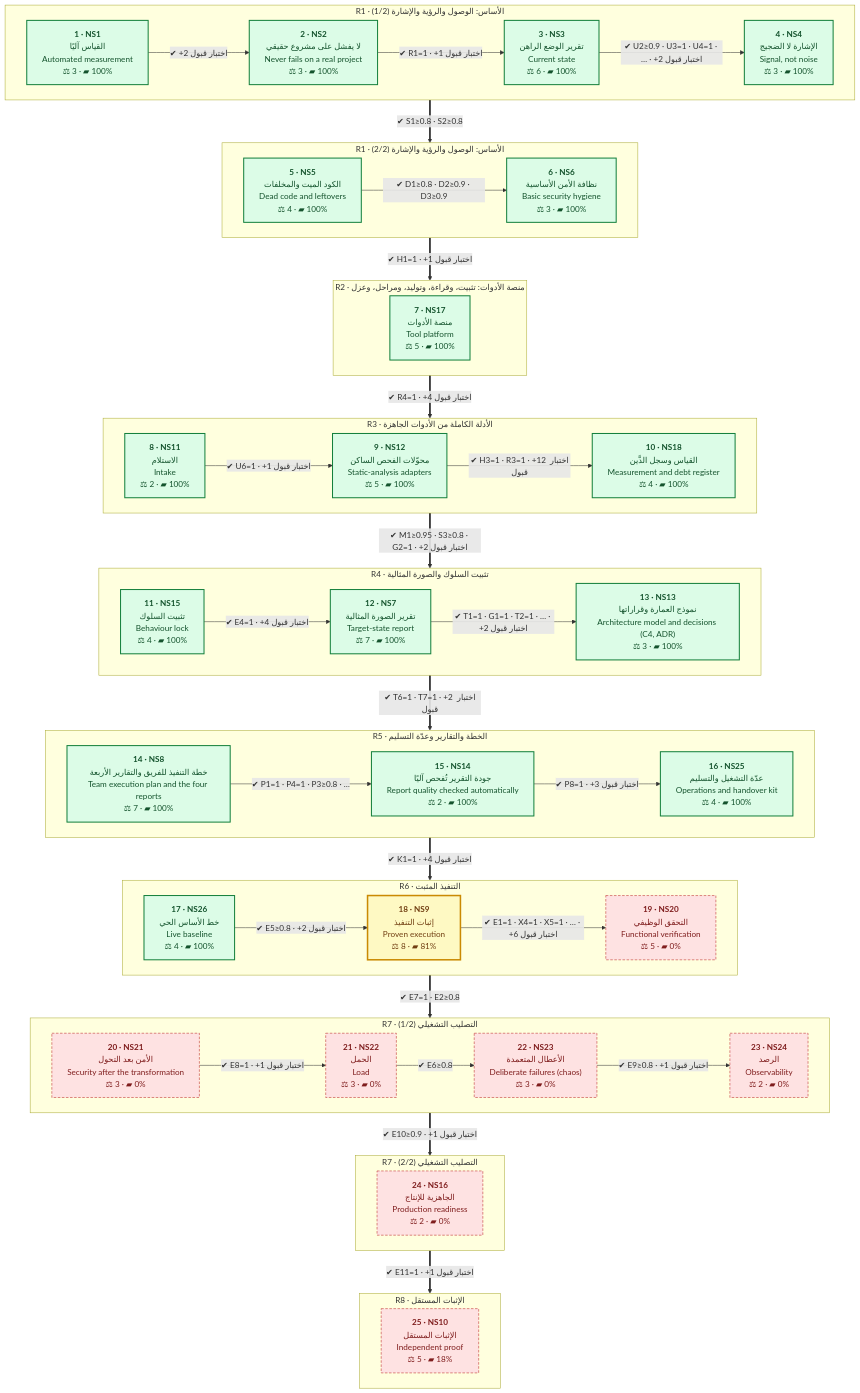
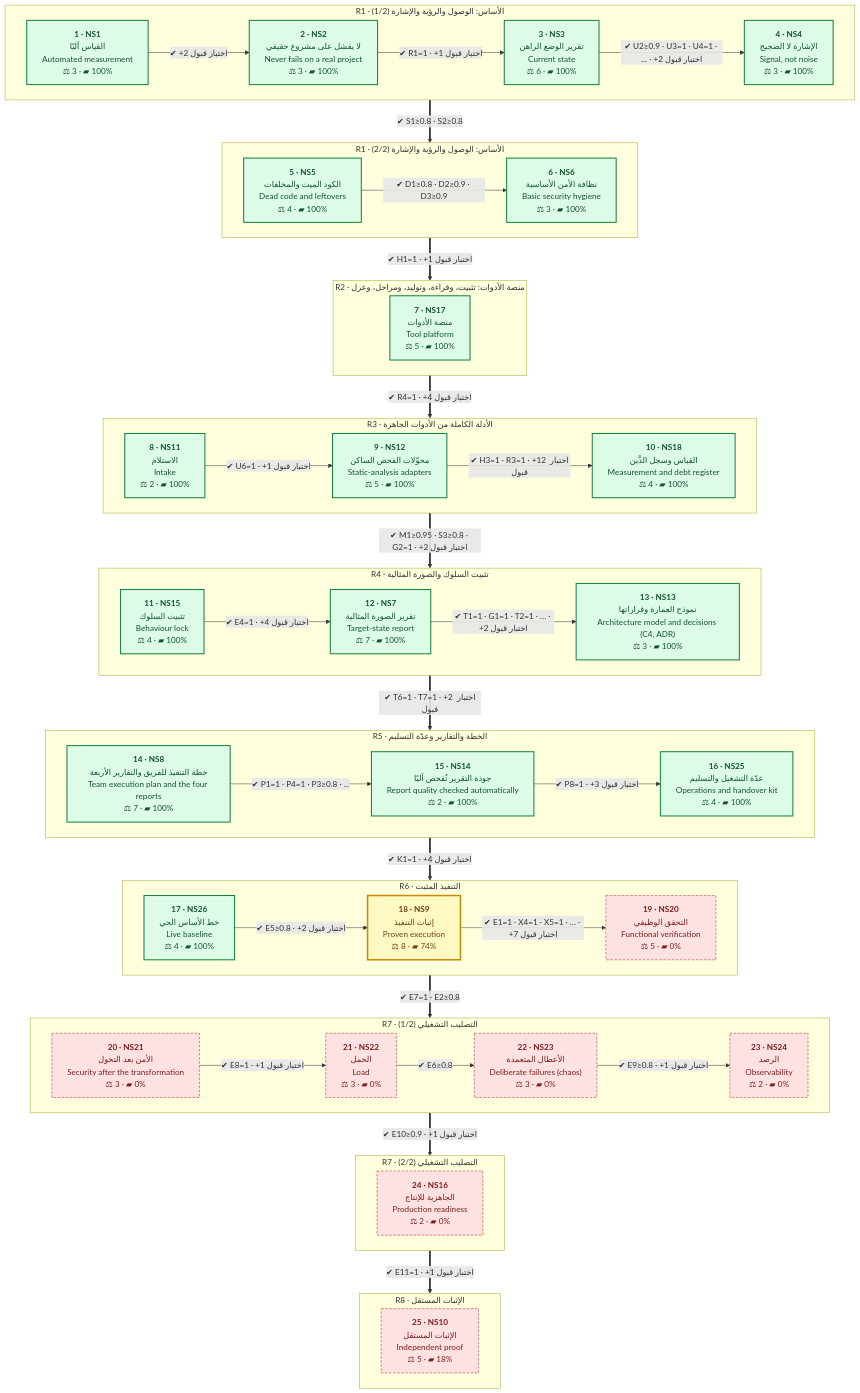
Before and after one commit to eom1417/engineering-audit-os: the second of 2 diagrams in README.md, drawn with Mermaid. The commit also changed other lines of this file and 4 other files, not shown here.

```diff
--- a/README.md
+++ b/README.md
@@ -290,10 +290,10 @@
     subgraph R6_1["R6 · التنفيذ المثبت"]
         direction LR
         NS26["<b>17 · NS26</b><br/>خط الأساس الحي<br/>Live baseline<br/>⚖ 4 · ▰ 100%"]:::done
-        NS9["<b>18 · NS9</b><br/>إثبات التنفيذ<br/>Proven execution<br/>⚖ 8 · ▰ 81%"]:::current
+        NS9["<b>18 · NS9</b><br/>إثبات التنفيذ<br/>Proven execution<br/>⚖ 8 · ▰ 74%"]:::current
         NS20["<b>19 · NS20</b><br/>التحقق الوظيفي<br/>Functional verification<br/>⚖ 5 · ▰ 0%"]:::owner
         NS26 -->|"✔ E5≥0.8 · +2 اختبار قبول"| NS9
-        NS9 -->|"✔ E1=1 · X4=1 · X5=1 · … · +6 اختبار قبول"| NS20
+        NS9 -->|"✔ E1=1 · X4=1 · X5=1 · … · +7 اختبار قبول"| NS20
     end
     subgraph R7_1["R7 · التصليب التشغيلي (1/2)"]
         direction LR
```
